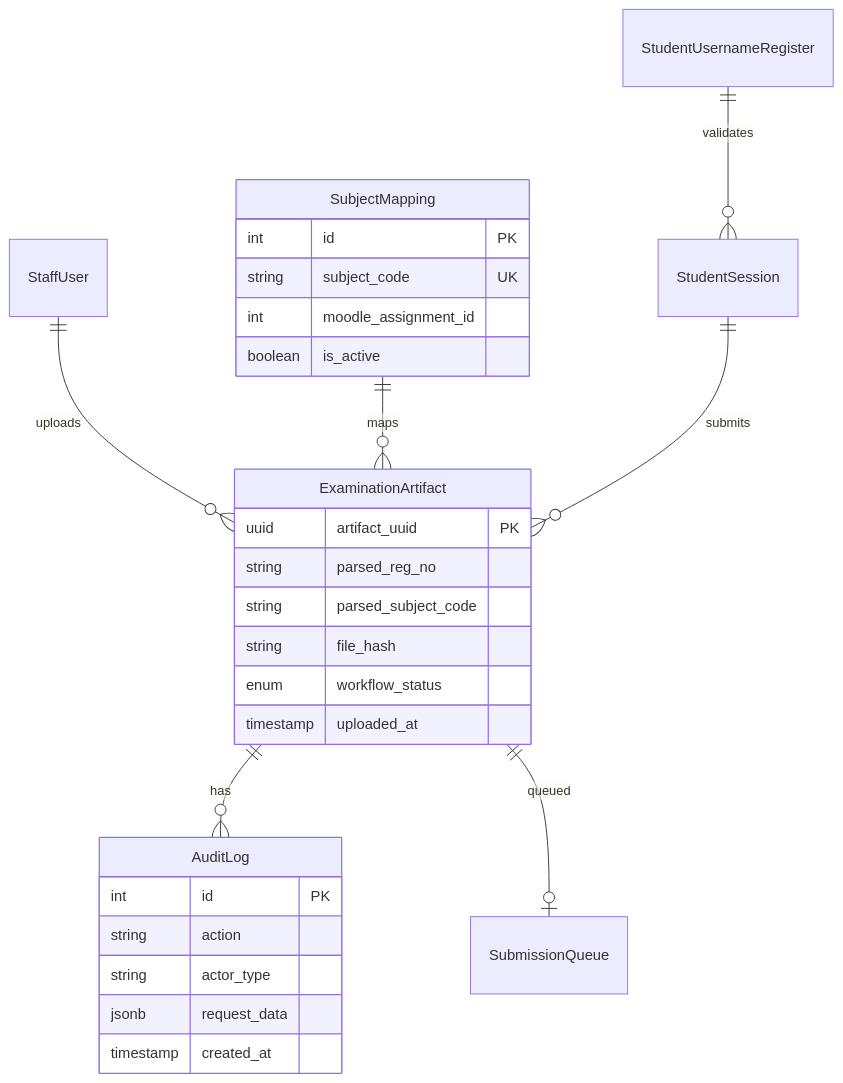
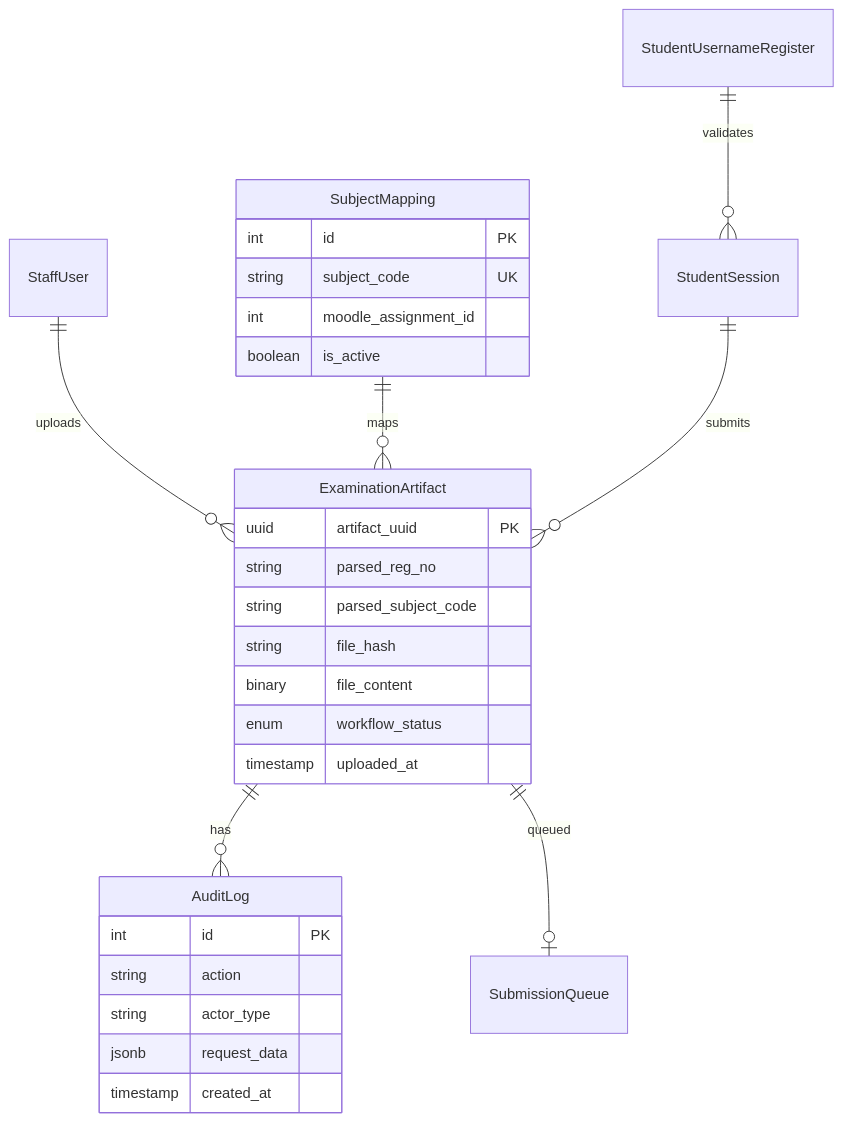
Before and after one commit to d-kavinraja/Intelligent-Examination-Submission-Framework-for-LMS: the second of 3 diagrams in readme.md, drawn with Mermaid. The commit also changed other lines of this file, not shown here.

````diff
--- a/readme.md
+++ b/readme.md
@@ -207,33 +211,34 @@
 ```mermaid
 erDiagram
     ExaminationArtifact ||--o{ AuditLog : "has"
     StaffUser ||--o{ ExaminationArtifact : "uploads"
     SubjectMapping ||--o{ ExaminationArtifact : "maps"
     ExaminationArtifact ||--o| SubmissionQueue : "queued"
     StudentSession ||--o{ ExaminationArtifact : "submits"
     StudentUsernameRegister ||--o{ StudentSession : "validates"
     
     ExaminationArtifact {
         uuid artifact_uuid PK
         string parsed_reg_no
         string parsed_subject_code
         string file_hash
+        binary file_content
         enum workflow_status
         timestamp uploaded_at
     }
     
     SubjectMapping {
         int id PK
         string subject_code UK
         int moodle_assignment_id
         boolean is_active
     }
     
     AuditLog {
         int id PK
         string action
         string actor_type
         jsonb request_data
         timestamp created_at
     }
 ```
````
